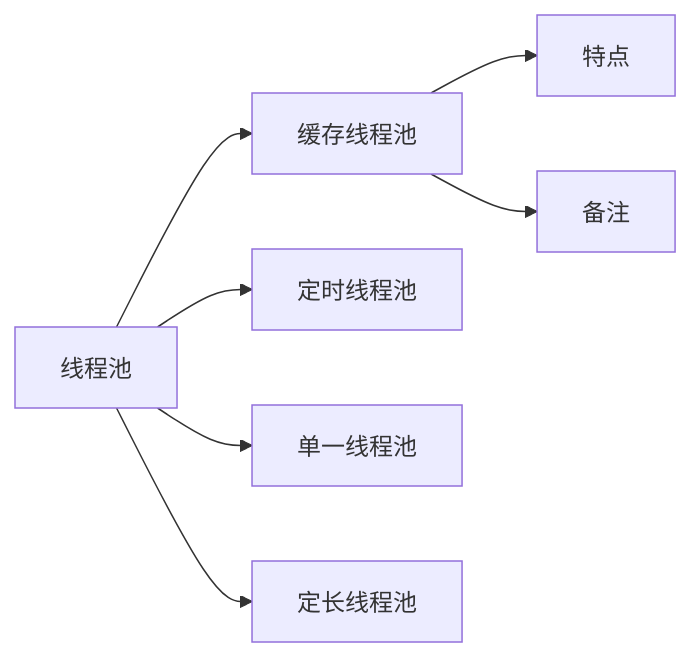
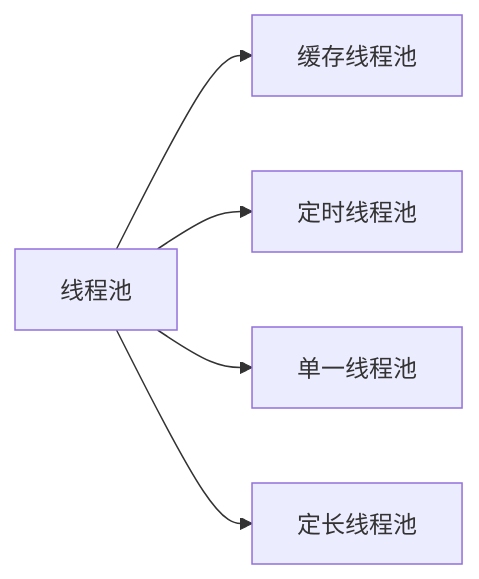
The first of 2 diagrams in 技术/Java/并发/线程池之刨根问底.md (dashingqi/Note), drawn with Mermaid before and after one commit. The commit also changed other lines of this file and 5 other files, not shown here.

````diff
--- a/技术/Java/并发/线程池之刨根问底.md
+++ b/技术/Java/并发/线程池之刨根问底.md
@@ -262,10 +262,8 @@
 ```mermaid
 graph LR
 A[线程池]
 A --> B[缓存线程池]
-B --> B1[特点]
-B --> B2[备注]
 A --> C[定时线程池]
 A --> D[单一线程池]
 A --> E[定长线程池]
 ```
````
